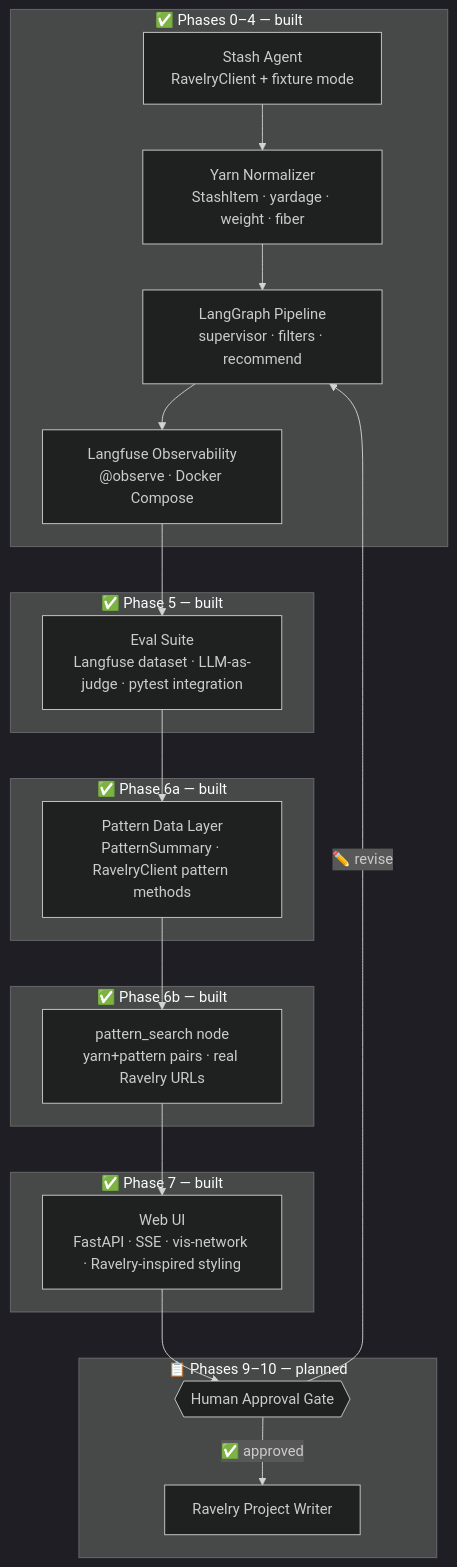
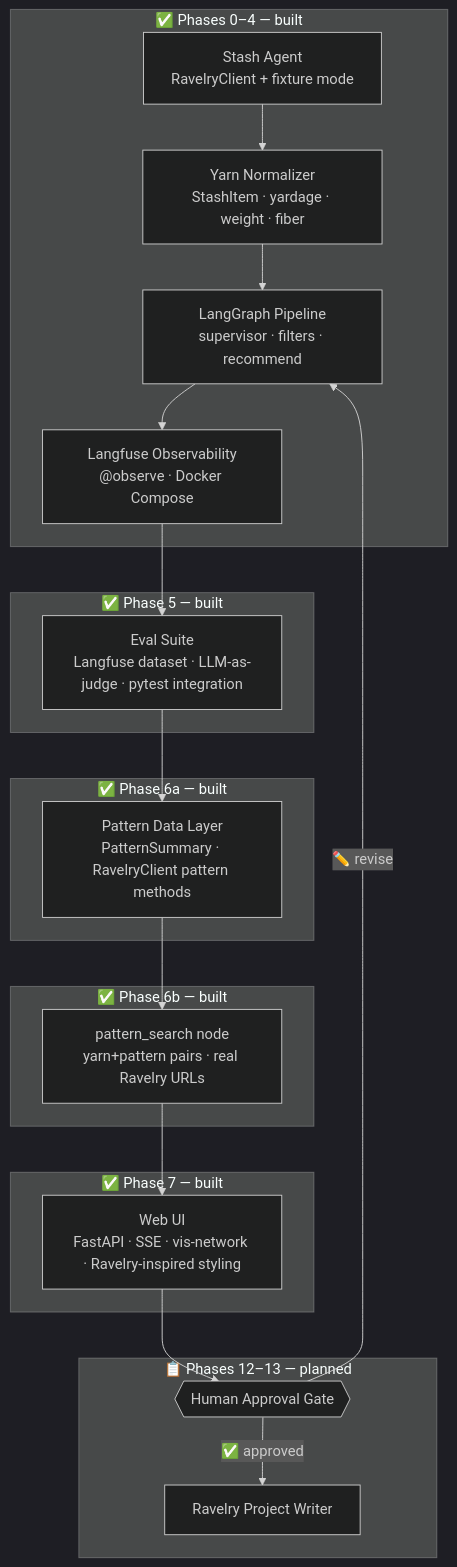
The second of 2 diagrams in README.md (ReneeErnst/skein-minder), drawn with Mermaid (dark theme) before and after one commit. The commit also changed other lines of this file and 2 other files, not shown here.

````diff
--- a/README.md
+++ b/README.md
@@ -41,36 +41,36 @@
 ```mermaid
 flowchart TD
     subgraph built ["✅ Phases 0–4 — built"]
         Stash["Stash Agent\nRavelryClient + fixture mode"]
         Norm["Yarn Normalizer\nStashItem · yardage · weight · fiber"]
         Graph["LangGraph Pipeline\nsupervisor · filters · recommend"]
         Obs["Langfuse Observability\n@observe · Docker Compose"]
     end
 
     subgraph built2 ["✅ Phase 5 — built"]
         Eval["Eval Suite\nLangfuse dataset · LLM-as-judge · pytest integration"]
     end
 
     subgraph built3 ["✅ Phase 6a — built"]
         PatternData["Pattern Data Layer\nPatternSummary · RavelryClient pattern methods"]
     end
 
     subgraph built4 ["✅ Phase 6b — built"]
         PatternSearch["pattern_search node\nyarn+pattern pairs · real Ravelry URLs"]
     end
 
     subgraph built5 ["✅ Phase 7 — built"]
         WebUI["Web UI\nFastAPI · SSE · vis-network · Ravelry-inspired styling"]
     end
 
-    subgraph future ["📋 Phases 9–10 — planned"]
+    subgraph future ["📋 Phases 12–13 — planned"]
         Gate{{"Human Approval Gate"}}
         Writer["Ravelry Project Writer"]
     end
 
     Stash --> Norm --> Graph --> Obs --> Eval
     Eval --> PatternData --> PatternSearch --> WebUI
     WebUI --> Gate -->|"✅ approved"| Writer
     Gate -->|"✏️ revise"| Graph
 
 ```
````
